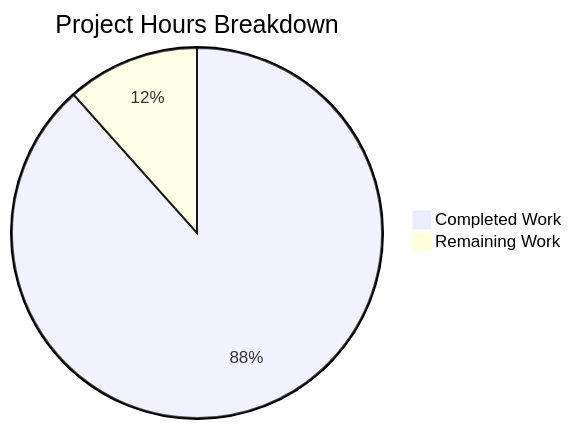
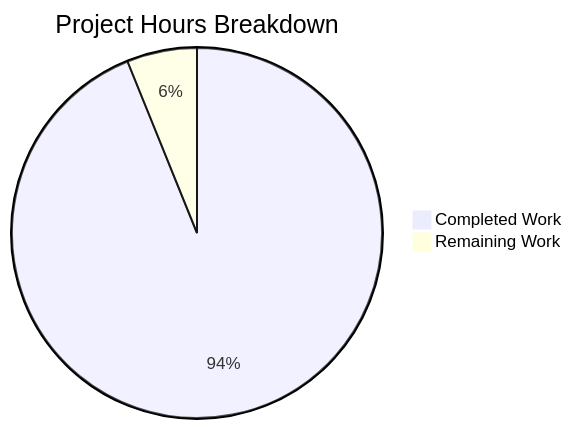
One commit to lakshya-blitzy/Dec_repo_with_valid_mul_files changed the diagram in blitzy/documentation/Project Guide.md. Above: the diagram before and after it, drawn with Mermaid. The commit also changed other lines of this file, not shown here.

Commit message:
Adding Blitzy Project Guide: Project Status and Human Tasks Remaining

````diff
--- a/blitzy/documentation/Project Guide.md
+++ b/blitzy/documentation/Project Guide.md
@@ -29,5 +33,5 @@
 ```mermaid
 pie title Project Hours Breakdown
-    "Completed Work" : 61
-    "Remaining Work" : 8
+    "Completed Work" : 92
+    "Remaining Work" : 6
 ```
````
